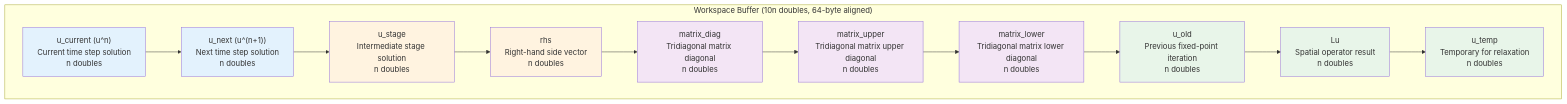
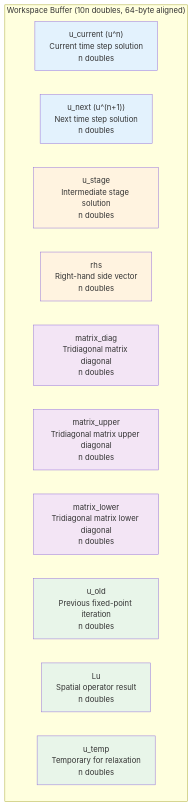
The second of 3 diagrams in docs/ARCHITECTURE.md (accelas/mango-option), drawn with Mermaid before and after one commit.

Commit message:
Remove node connections in workspace buffer diagram for vertical layout
Remove the arrow connections between memory buffer components to allow
Mermaid to naturally stack them vertically within the subgraph.

With no explicit connections, the nodes will display in vertical
sequence as defined, making the memory layout clearer.

🤖 Generated with [Claude Code](https://claude.com/claude-code)

````diff
--- a/docs/ARCHITECTURE.md
+++ b/docs/ARCHITECTURE.md
@@ -500,28 +500,26 @@
 ```mermaid
 graph TD
     subgraph "Workspace Buffer (10n doubles, 64-byte aligned)"
         A["u_current (u^n)<br/>Current time step solution<br/>n doubles"]
         B["u_next (u^(n+1))<br/>Next time step solution<br/>n doubles"]
         C["u_stage<br/>Intermediate stage solution<br/>n doubles"]
         D["rhs<br/>Right-hand side vector<br/>n doubles"]
         E["matrix_diag<br/>Tridiagonal matrix diagonal<br/>n doubles"]
         F["matrix_upper<br/>Tridiagonal matrix upper diagonal<br/>n doubles"]
         G["matrix_lower<br/>Tridiagonal matrix lower diagonal<br/>n doubles"]
         H["u_old<br/>Previous fixed-point iteration<br/>n doubles"]
         I["Lu<br/>Spatial operator result<br/>n doubles"]
         J["u_temp<br/>Temporary for relaxation<br/>n doubles"]
-
-        A --> B --> C --> D --> E --> F --> G --> H --> I --> J
     end
 
     style A fill:#e3f2fd
     style B fill:#e3f2fd
     style C fill:#fff3e0
     style D fill:#fff3e0
     style E fill:#f3e5f5
     style F fill:#f3e5f5
     style G fill:#f3e5f5
     style H fill:#e8f5e9
     style I fill:#e8f5e9
     style J fill:#e8f5e9
 ```
````
